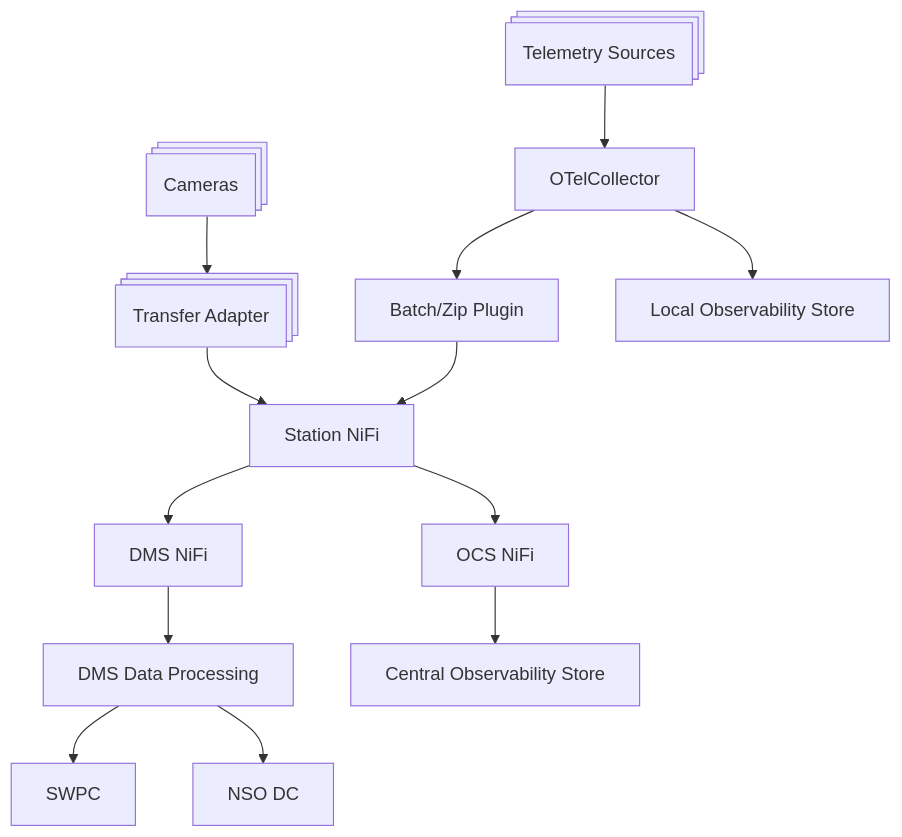
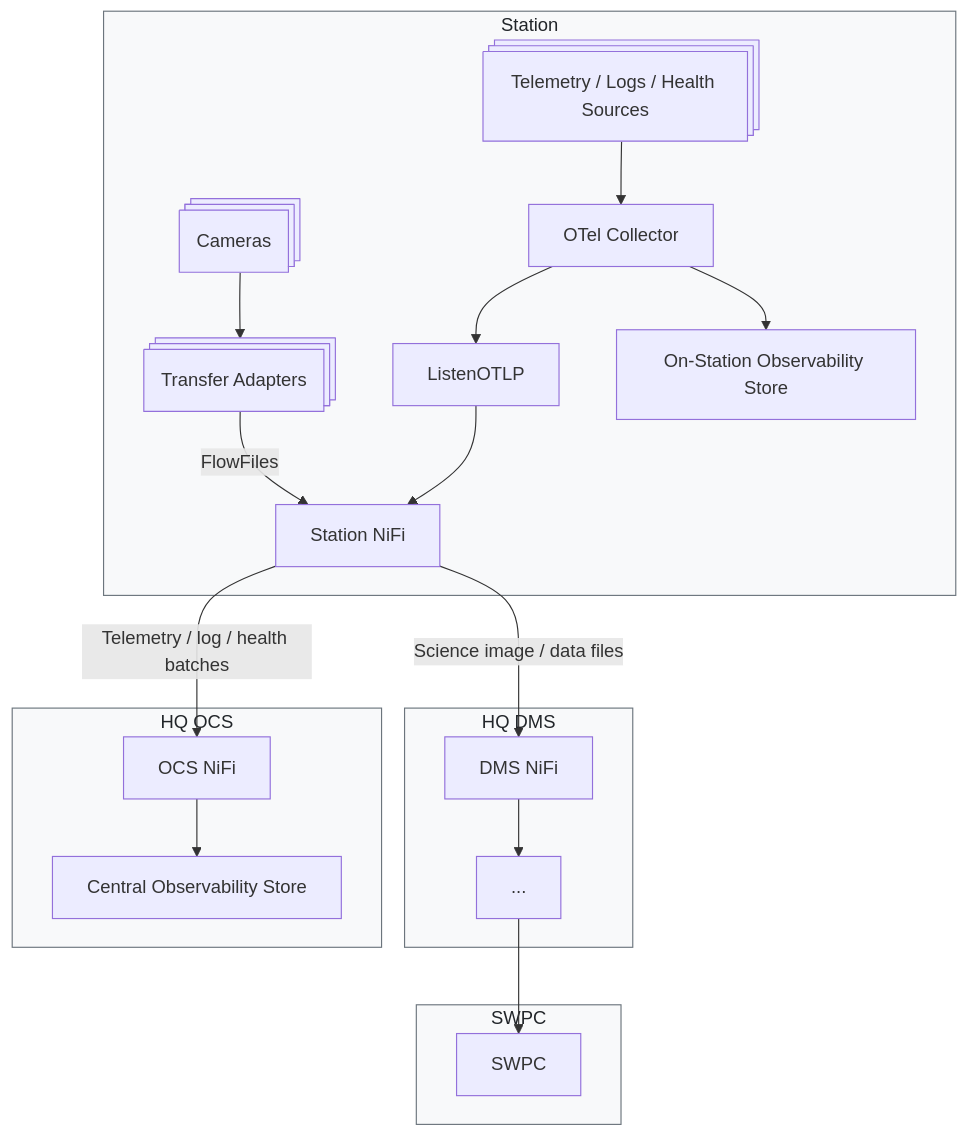
One commit to nggong/docs changed the diagram in docs/design/hls/cdd.qmd. Above: the diagram before and after it, drawn with Mermaid.

Commit message:
updated nifi data flow

````diff
--- a/docs/design/hls/cdd.qmd
+++ b/docs/design/hls/cdd.qmd
@@ -14,16 +14,37 @@
 ```{mermaid}
 flowchart TD
-id_cam@{shape: procs, label: "Cameras"} --> id_summit_proc@{shape: procs, label: "Transfer Adapter"}
-id_summit_proc --> id_summit_nifi[Station NiFi]
-id_summit_nifi --> id_dms_nifi[DMS NiFi]
-id_summit_nifi --> id_ocs_nifi[OCS NiFi]
-id_telem@{shape: procs, label: "Telemetry Sources"} --> id_otel_collect[OTelCollector]
-id_otel_collect --> id_otel_batch[Batch/Zip Plugin]
-id_otel_collect --> id_local_observability_store[Local Observability Store]
-id_otel_batch --> id_summit_nifi
-id_dms_nifi --> id_dms_proc[DMS Data Processing]
-id_dms_proc --> id_swpc[SWPC]
-id_dms_proc --> id_nso_dc[NSO DC]
-id_ocs_nifi --> N[Central Observability Store]
+subgraph station[Station]
+  id_cam@{shape: procs, label: "Cameras"} --> id_transfer_adapter@{shape: procs, label: "Transfer Adapters"}
+  id_transfer_adapter -->|FlowFiles| id_station_nifi[Station NiFi]
 
+  id_telem@{shape: procs, label: "Telemetry / Logs / Health Sources"} --> id_otel_collect[OTel Collector]
+  id_otel_collect --> id_otel_batch[ListenOTLP]
+  id_otel_collect --> id_local_observability_store[On-Station Observability Store]
+  id_otel_batch --> id_station_nifi
+end
+
+subgraph hq_dms[HQ    DMS]
+  id_dms_nifi[DMS NiFi]
+  id_dms_proc[...]
+  id_dms_nifi --> id_dms_proc
+end
+
+subgraph hq_ocs[HQ OCS]
+  id_ocs_nifi[OCS NiFi]
+  id_central_observability_store[Central Observability Store]
+  id_ocs_nifi --> id_central_observability_store
+end
+
+subgraph swpc[SWPC]
+  id_swpc[SWPC]
+end
+
+id_station_nifi -->|Science image / data files| id_dms_nifi
+id_station_nifi -->|Telemetry / log / health batches| id_ocs_nifi
+id_dms_proc --> id_swpc
+
+style station fill:#f8f9fa,stroke:#6c757d,color:#212529
+style hq_dms fill:#f8f9fa,stroke:#6c757d,color:#212529
+style hq_ocs fill:#f8f9fa,stroke:#6c757d,color:#212529
+style swpc fill:#f8f9fa,stroke:#6c757d,color:#212529
 ```
````
